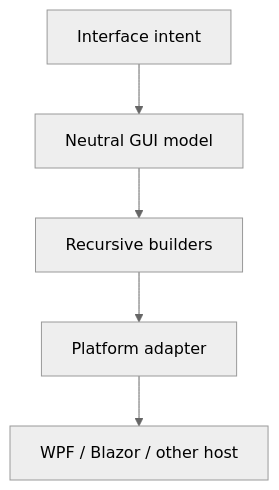
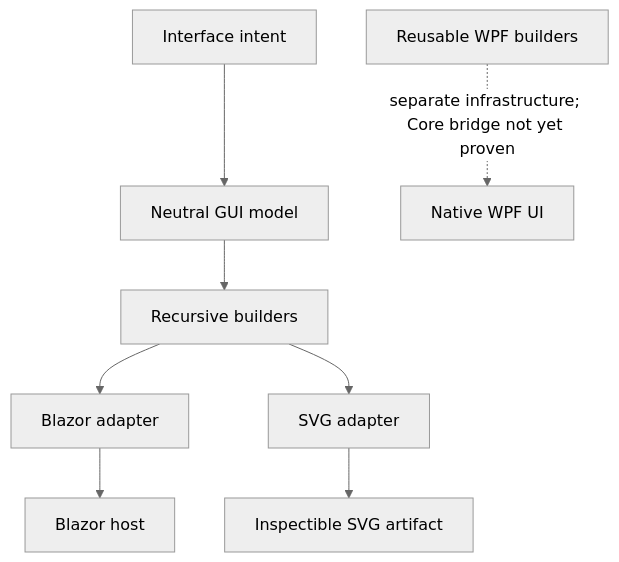
The diagram in README.md (TrentBest/TheSingularityWorkshop.GUI), drawn with Mermaid (neutral theme) before and after one commit. The commit also changed other lines of this file, not shown here.

Commit message:
docs: clarify current GUI adapter boundaries

````diff
--- a/README.md
+++ b/README.md
@@ -10,7 +10,10 @@
 ```mermaid
 flowchart TD
   I[Interface intent] --> M[Neutral GUI model]
   M --> B[Recursive builders]
-  B --> A[Platform adapter]
-  A --> P[WPF / Blazor / other host]
+  B --> BL[Blazor adapter]
+  B --> SVG[SVG adapter]
+  WPF[Reusable WPF builders] -. separate infrastructure; Core bridge not yet proven .-> WPFUI[Native WPF UI]
+  BL --> WEB[Blazor host]
+  SVG --> ART[Inspectible SVG artifact]
 ```
````
